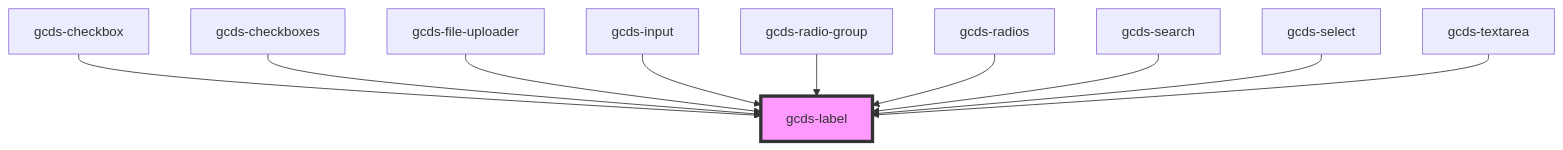
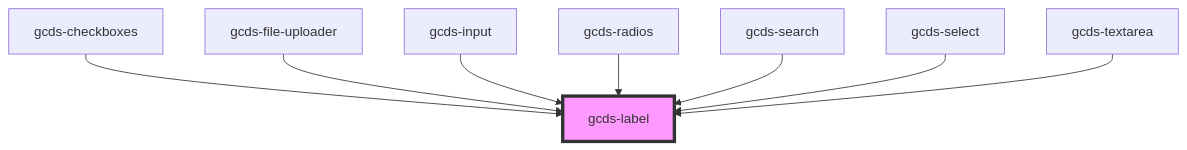
The diagram in packages/web/src/components/gcds-label/readme.md (cds-snc/gcds-components), drawn with Mermaid before and after one commit. The commit also changed other lines of this file and 24 other files, not shown here.

Commit message:
remove(gcds-radio-group + gcds-checkbox): Remove old radio group and checkbox components

````diff
--- a/packages/web/src/components/gcds-label/readme.md
+++ b/packages/web/src/components/gcds-label/readme.md
@@ -33,13 +31,11 @@
 ```mermaid
 graph TD;
-  gcds-checkbox --> gcds-label
   gcds-checkboxes --> gcds-label
   gcds-file-uploader --> gcds-label
   gcds-input --> gcds-label
-  gcds-radio-group --> gcds-label
   gcds-radios --> gcds-label
   gcds-search --> gcds-label
   gcds-select --> gcds-label
   gcds-textarea --> gcds-label
   style gcds-label fill:#f9f,stroke:#333,stroke-width:4px
 ```
````
